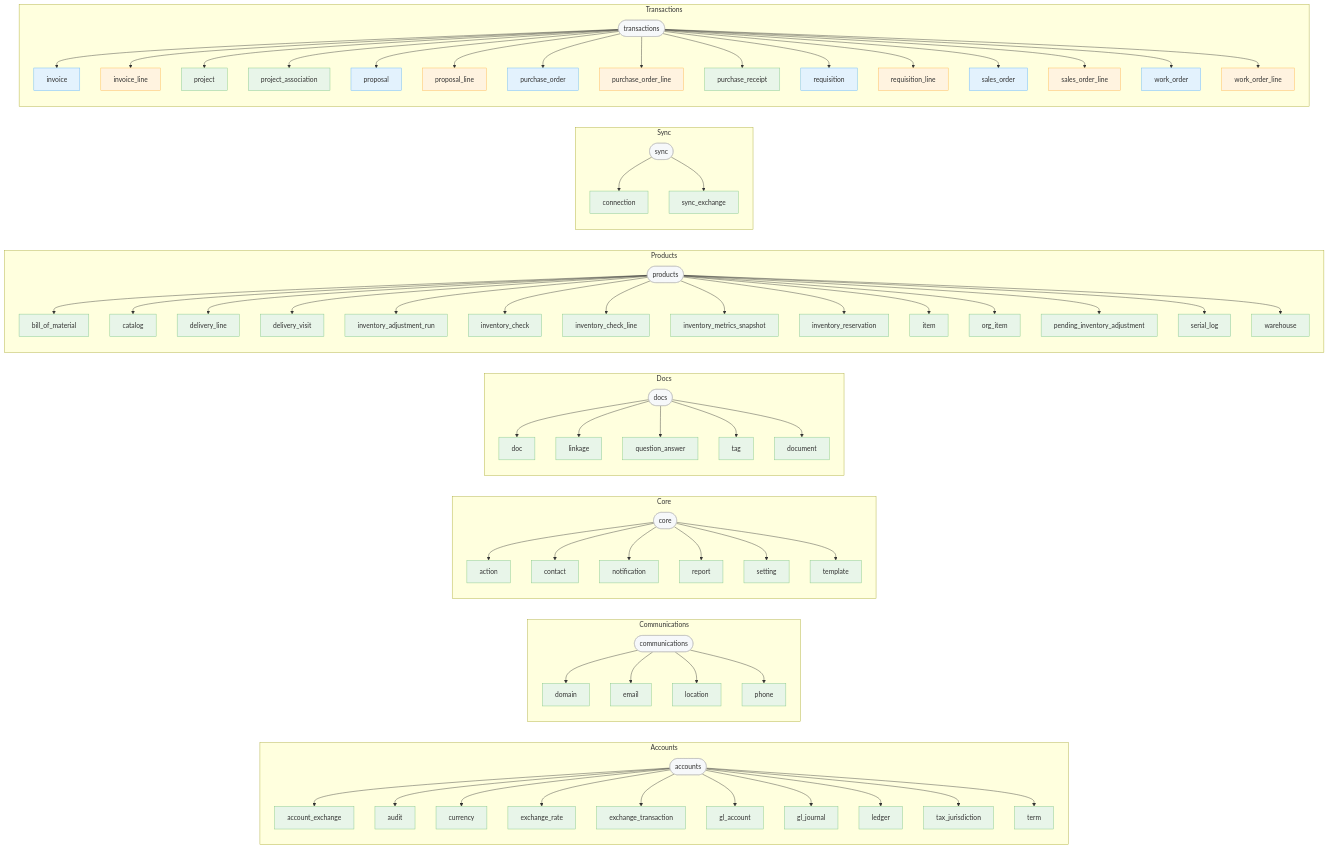
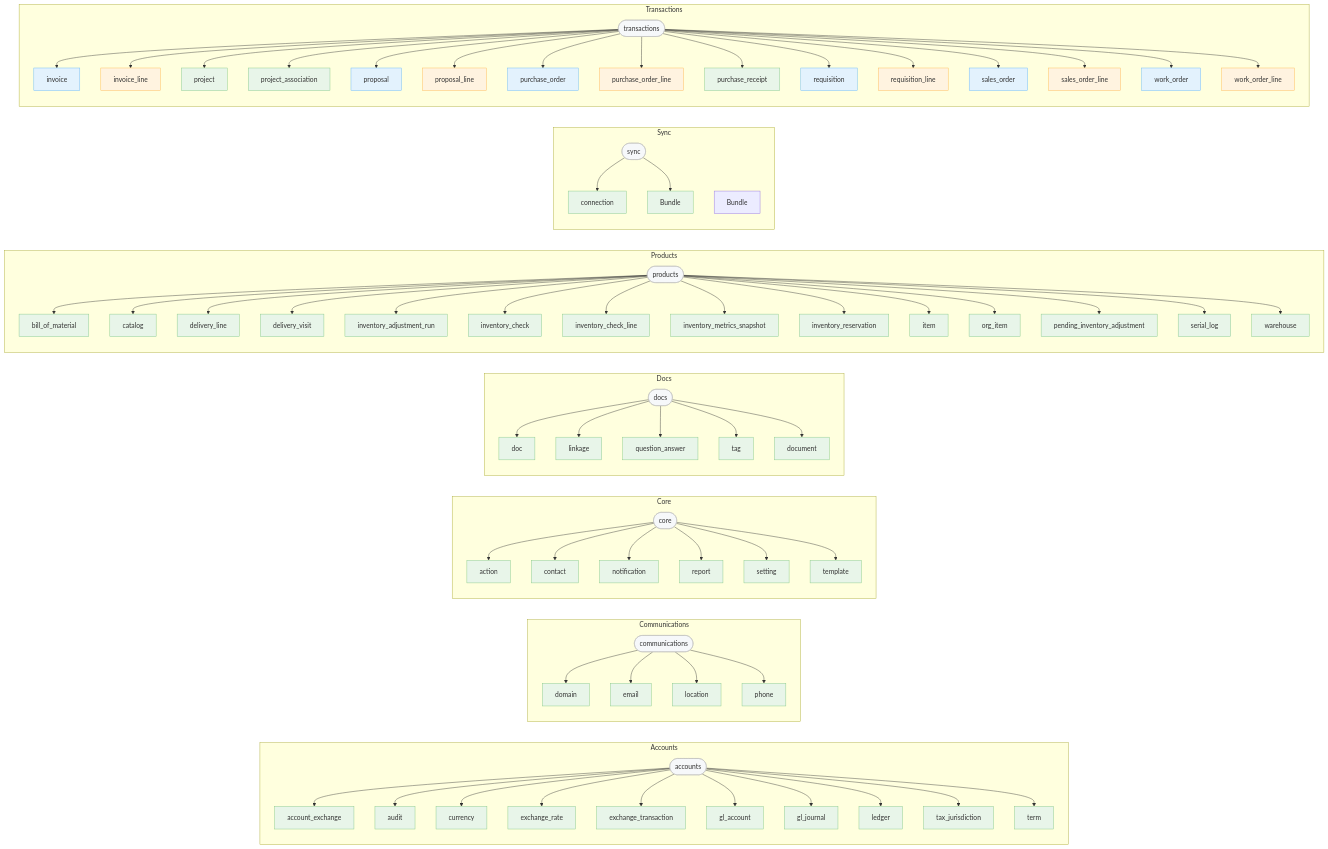
The diagram in readmes/model-registry.md (JPods/WebClerk), drawn with Mermaid before and after one commit. The commit also changed other lines of this file and 68 other files, not shown here.

```diff
--- a/readmes/model-registry.md
+++ b/readmes/model-registry.md
@@ -310,9 +310,9 @@
     connection["connection"]
     app_sync --> connection
     class connection support
-    sync_exchange["sync_exchange"]
-    app_sync --> sync_exchange
-    class sync_exchange support
+    bundle["Bundle"]
+    app_sync --> Bundle
+    class Bundle support
   end
   subgraph Transactions
     direction TB
```
